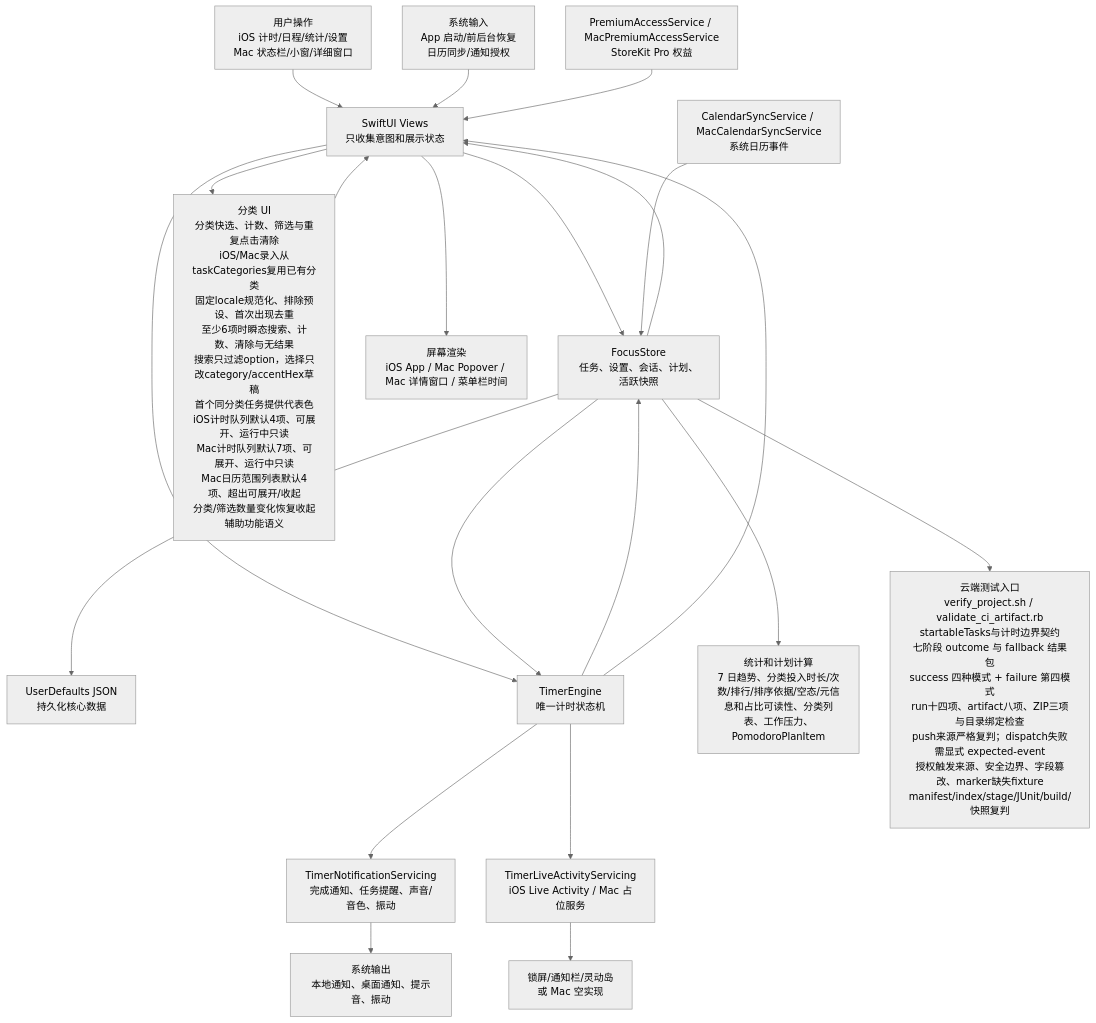
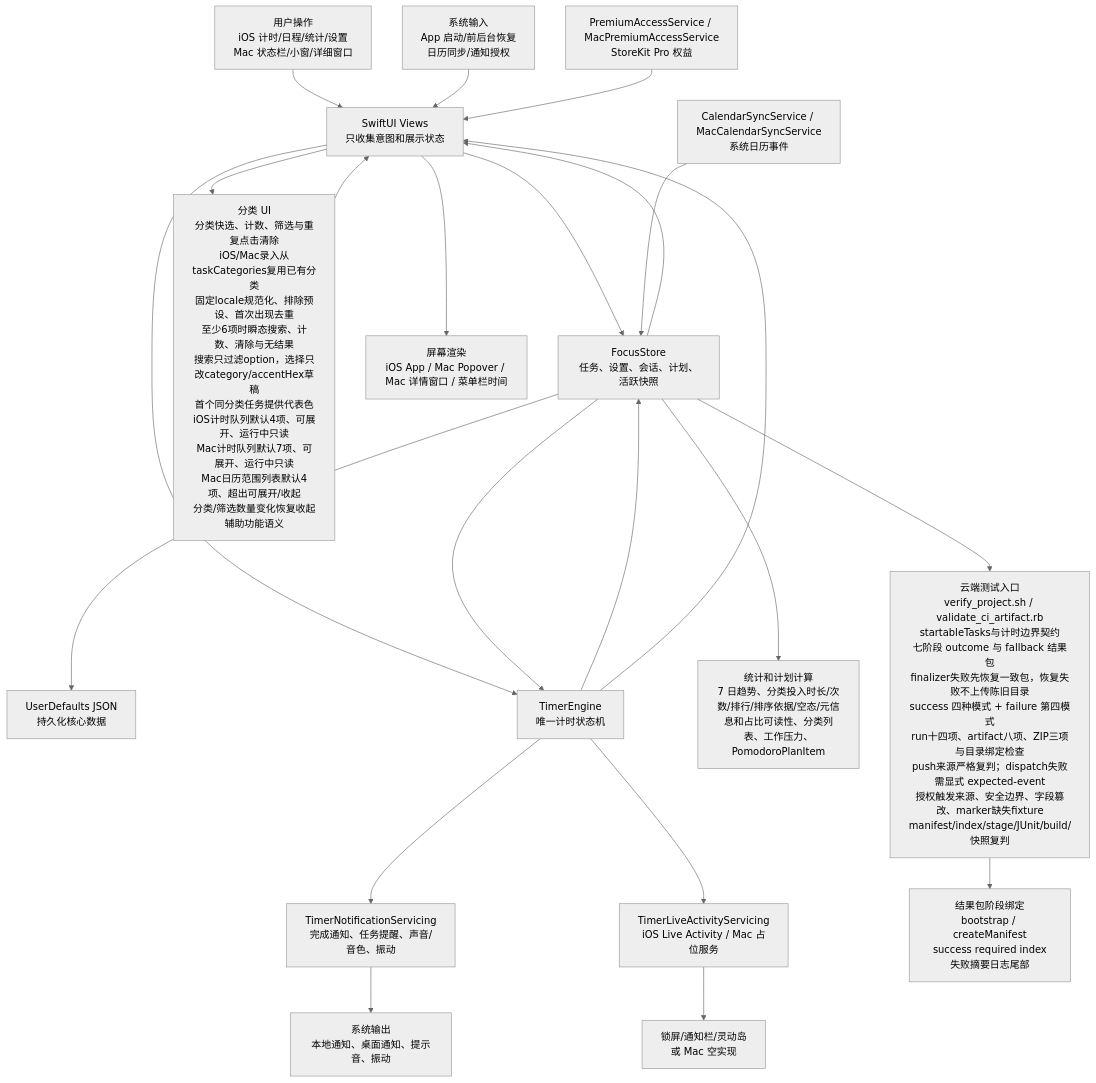
One commit to Altman-sam114/114 changed the first of 6 diagrams in md/flow/flowchart.md. Above: the diagram before and after it, drawn with Mermaid (neutral theme). The commit also changed other lines of this file and 28 other files, not shown here.

````diff
--- a/md/flow/flowchart.md
+++ b/md/flow/flowchart.md
@@ -9,23 +9,24 @@
 ```mermaid
 flowchart TD
   U["用户操作<br/>iOS 计时/日程/统计/设置<br/>Mac 状态栏/小窗/详细窗口"] --> V["SwiftUI Views<br/>只收集意图和展示状态"]
   SYS["系统输入<br/>App 启动/前后台恢复<br/>日历同步/通知授权"] --> V
   V --> S["FocusStore<br/>任务、设置、会话、计划、活跃快照"]
   V --> CAT["分类 UI<br/>分类快选、计数、筛选与重复点击清除<br/>iOS/Mac录入从taskCategories复用已有分类<br/>固定locale规范化、排除预设、首次出现去重<br/>至少6项时瞬态搜索、计数、清除与无结果<br/>搜索只过滤option，选择只改category/accentHex草稿<br/>首个同分类任务提供代表色<br/>iOS计时队列默认4项、可展开、运行中只读<br/>Mac计时队列默认7项、可展开、运行中只读<br/>Mac日历范围列表默认4项、超出可展开/收起<br/>分类/筛选数量变化恢复收起<br/>辅助功能语义"]
   CAT --> V
   S --> P["UserDefaults JSON<br/>持久化核心数据"]
   V --> E["TimerEngine<br/>唯一计时状态机"]
   S --> E
   E --> S
   E --> N["TimerNotificationServicing<br/>完成通知、任务提醒、声音/音色、振动"]
   E --> L["TimerLiveActivityServicing<br/>iOS Live Activity / Mac 占位服务"]
   S --> C["统计和计划计算<br/>7 日趋势、分类投入时长/次数/排行/排序依据/空态/元信息和占比可读性、分类列表、工作压力、PomodoroPlanItem"]
   CAL["CalendarSyncService / MacCalendarSyncService<br/>系统日历事件"] --> S
   PRO["PremiumAccessService / MacPremiumAccessService<br/>StoreKit Pro 权益"] --> V
   S --> V
   E --> V
   V --> OUT["屏幕渲染<br/>iOS App / Mac Popover / Mac 详情窗口 / 菜单栏时间"]
   N --> OUT2["系统输出<br/>本地通知、桌面通知、提示音、振动"]
   L --> OUT3["锁屏/通知栏/灵动岛<br/>或 Mac 空实现"]
-  S --> T["云端测试入口<br/>verify_project.sh / validate_ci_artifact.rb<br/>startableTasks与计时边界契约<br/>七阶段 outcome 与 fallback 结果包<br/>success 四种模式 + failure 第四模式<br/>run十四项、artifact八项、ZIP三项与目录绑定检查<br/>push来源严格复判；dispatch失败需显式 expected-event<br/>授权触发来源、安全边界、字段篡改、marker缺失fixture<br/>manifest/index/stage/JUnit/build/快照复判"]
+  S --> T["云端测试入口<br/>verify_project.sh / validate_ci_artifact.rb<br/>startableTasks与计时边界契约<br/>七阶段 outcome 与 fallback 结果包<br/>finalizer失败先恢复一致包，恢复失败不上传陈旧目录<br/>success 四种模式 + failure 第四模式<br/>run十四项、artifact八项、ZIP三项与目录绑定检查<br/>push来源严格复判；dispatch失败需显式 expected-event<br/>授权触发来源、安全边界、字段篡改、marker缺失fixture<br/>manifest/index/stage/JUnit/build/快照复判"]
+  T --> PKG["结果包阶段绑定<br/>bootstrap / createManifest<br/>success required index<br/>失败摘要日志尾部"]
 ```
````
